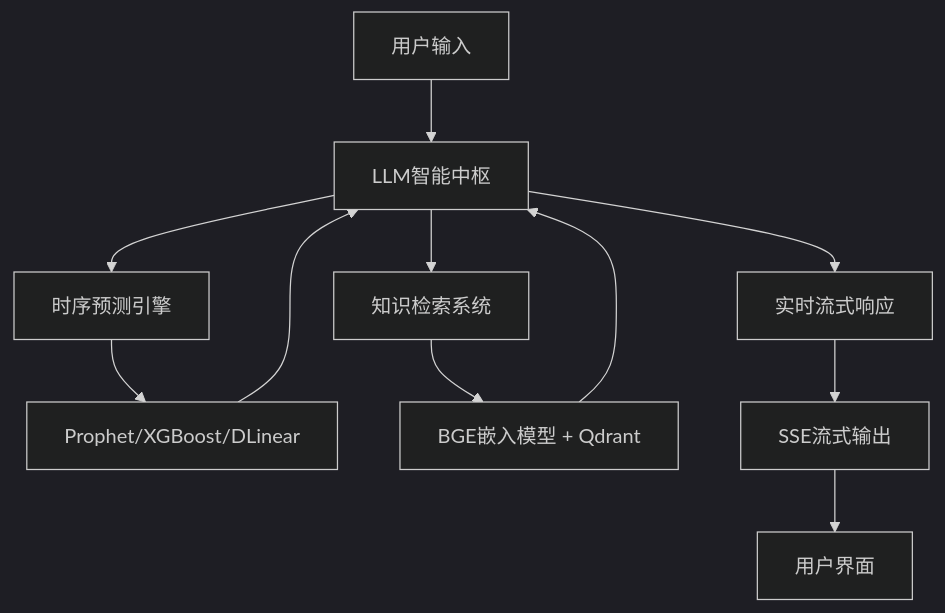
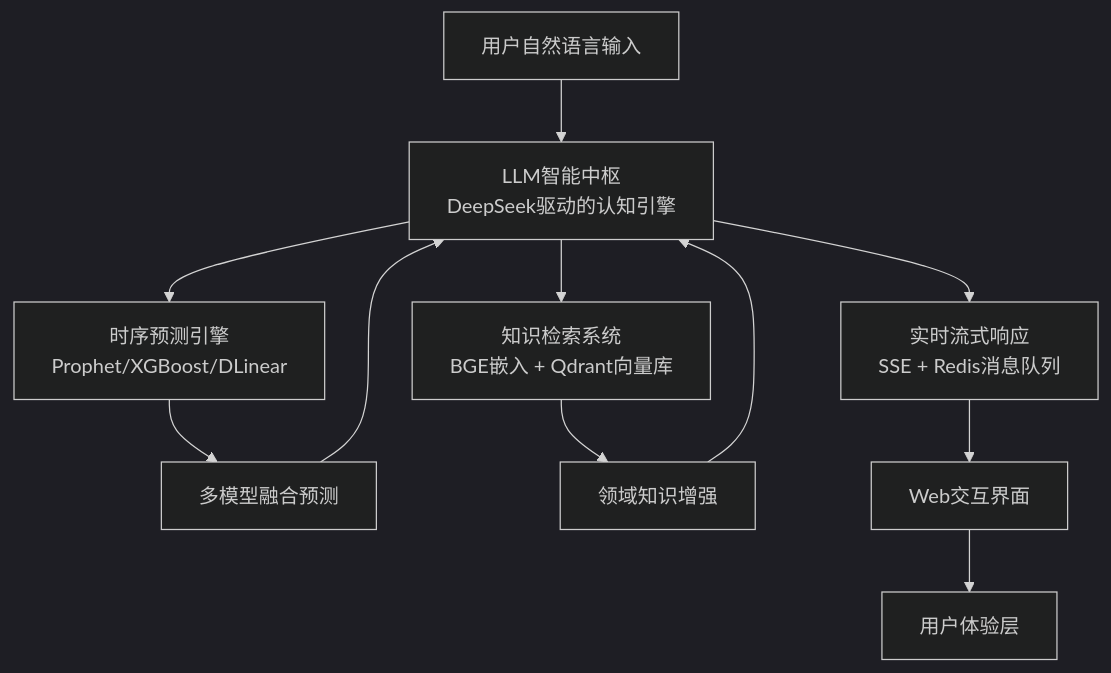
The diagram in README.md (Tarpelite/xiaoyi), drawn with Mermaid (dark theme) before and after one commit. The commit also changed other lines of this file, not shown here.

````diff
--- a/README.md
+++ b/README.md
@@ -62,13 +75,13 @@
 ```mermaid
 graph TB
-    A[用户输入] --> B[LLM智能中枢]
-    B --> C[时序预测引擎]
-    B --> D[知识检索系统]
-    B --> E[实时流式响应]
-    C --> F[Prophet/XGBoost/DLinear]
-    D --> G[BGE嵌入模型 + Qdrant]
-    E --> H[SSE流式输出]
+    A[用户自然语言输入] --> B[LLM智能中枢<br/>DeepSeek驱动的认知引擎]
+    B --> C[时序预测引擎<br/>Prophet/XGBoost/DLinear]
+    B --> D[知识检索系统<br/>BGE嵌入 + Qdrant向量库]
+    B --> E[实时流式响应<br/>SSE + Redis消息队列]
+    C --> F[多模型融合预测]
+    D --> G[领域知识增强]
+    E --> H[Web交互界面]
     F --> B
     G --> B
-    H --> I[用户界面]
+    H --> I[用户体验层]
 ```
````
